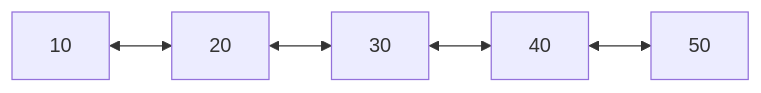
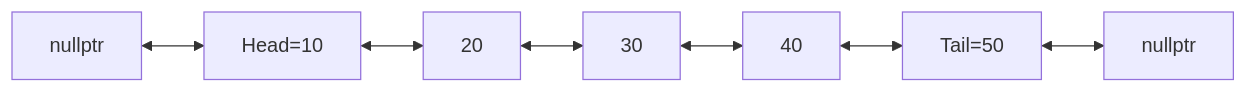
The second of 5 diagrams in Data_Structure_and_Algorithms/03_Association_Slope/README.md (SamueleGalli/leetCode-quests), drawn with Mermaid before and after one commit. The commit also changed other lines of this file and 11 other files, not shown here.

````diff
--- a/Data_Structure_and_Algorithms/03_Association_Slope/README.md
+++ b/Data_Structure_and_Algorithms/03_Association_Slope/README.md
@@ -6,4 +46,4 @@
 ```mermaid
   flowchart LR
-  A["10"] <--> B["20"] <--> C["30"] <--> D["40"] <--> E["50"]
+  A["nullptr"] <--> B["Head=10"] <--> C["20"] <--> D["30"] <--> E["40"] <--> F["Tail=50"] <--> G["nullptr"]
 ```
````
